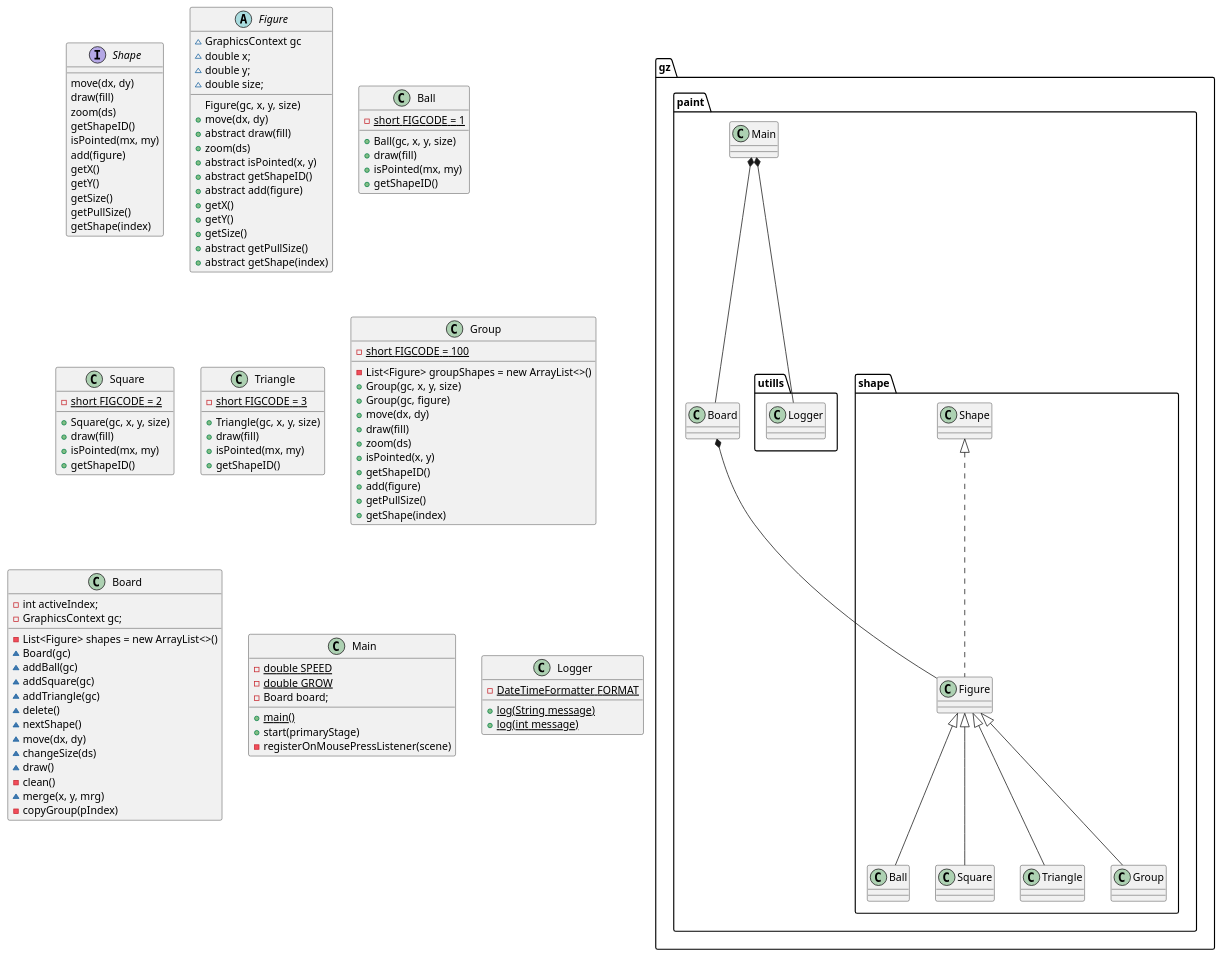
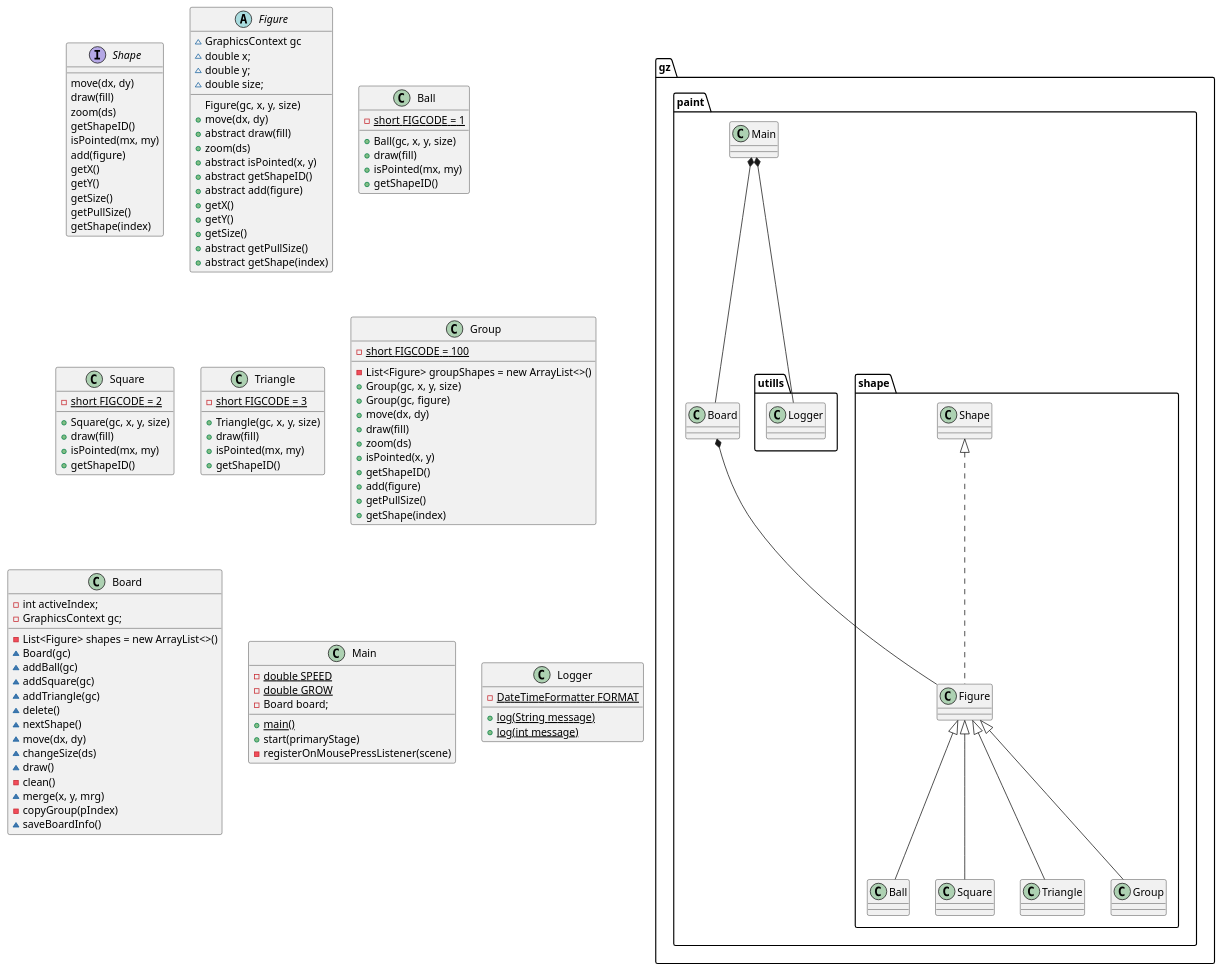
The diagram in src/gz/paint/PaintClasses.puml (glib-z/hw12_Paint), drawn with PlantUML before and after one commit. The commit also changed 10 other files, not shown here.

```diff
--- a/src/gz/paint/PaintClasses.puml
+++ b/src/gz/paint/PaintClasses.puml
@@ -1,125 +1,126 @@
 @startuml
 
 package "gz.paint" {
     Main *-- Board
     package "shape" {
         Board *-- Figure
         Shape <|.. Figure
         Figure <|-- Ball
         Figure <|-- Square
         Figure <|-- Triangle
         Figure <|-- Group
     }
     package "utills" {
         Main *-- Logger
     }
 }
 
 interface Shape {
     move(dx, dy)
     draw(fill)
     zoom(ds)
     getShapeID()
     isPointed(mx, my)
     add(figure)
     getX()
     getY()
     getSize()
     getPullSize()
     getShape(index)
 }
 
 abstract class Figure {
     ~ GraphicsContext gc
     ~ double x;
     ~ double y;
     ~ double size;
     Figure(gc, x, y, size)
     + move(dx, dy)
     + abstract draw(fill)
     + zoom(ds)
     + abstract isPointed(x, y)
     + abstract getShapeID()
     + abstract add(figure)
     + getX()
     + getY()
     + getSize()
     + abstract getPullSize()
     + abstract getShape(index)
 }
 
 class Ball {
     - {static} short FIGCODE = 1
     + Ball(gc, x, y, size)
     + draw(fill)
     + isPointed(mx, my)
     + getShapeID()
 }
 
 class Square {
     - {static} short FIGCODE = 2
     + Square(gc, x, y, size)
     + draw(fill)
     + isPointed(mx, my)
     + getShapeID()
 }
 
 class Triangle {
     - {static} short FIGCODE = 3
     + Triangle(gc, x, y, size)
     + draw(fill)
     + isPointed(mx, my)
     + getShapeID()
 }
 
 class Group {
     - {static} short FIGCODE = 100
     - List<Figure> groupShapes = new ArrayList<>()
     + Group(gc, x, y, size)
     + Group(gc, figure)
     + move(dx, dy)
     + draw(fill)
     + zoom(ds)
     + isPointed(x, y)
     + getShapeID()
     + add(figure)
     + getPullSize()
     + getShape(index)
 }
 
 class Board {
     - int activeIndex;
     - GraphicsContext gc;
     - List<Figure> shapes = new ArrayList<>()
     ~ Board(gc)
     ~ addBall(gc)
     ~ addSquare(gc)
     ~ addTriangle(gc)
     ~ delete()
     ~ nextShape()
     ~ move(dx, dy)
     ~ changeSize(ds)
     ~ draw()
     - clean()
     ~ merge(x, y, mrg)
     - copyGroup(pIndex)
+    ~ saveBoardInfo()
 
 }
 
 class Main {
     - {static} double SPEED
     - {static} double GROW
     - Board board;
     + {static} main()
     + start(primaryStage)
     - registerOnMousePressListener(scene)
 }
 
 class Logger {
     - {static} DateTimeFormatter FORMAT
     + {static} log(String message)
     + {static} log(int message)
 
 }
 
 @enduml
```
